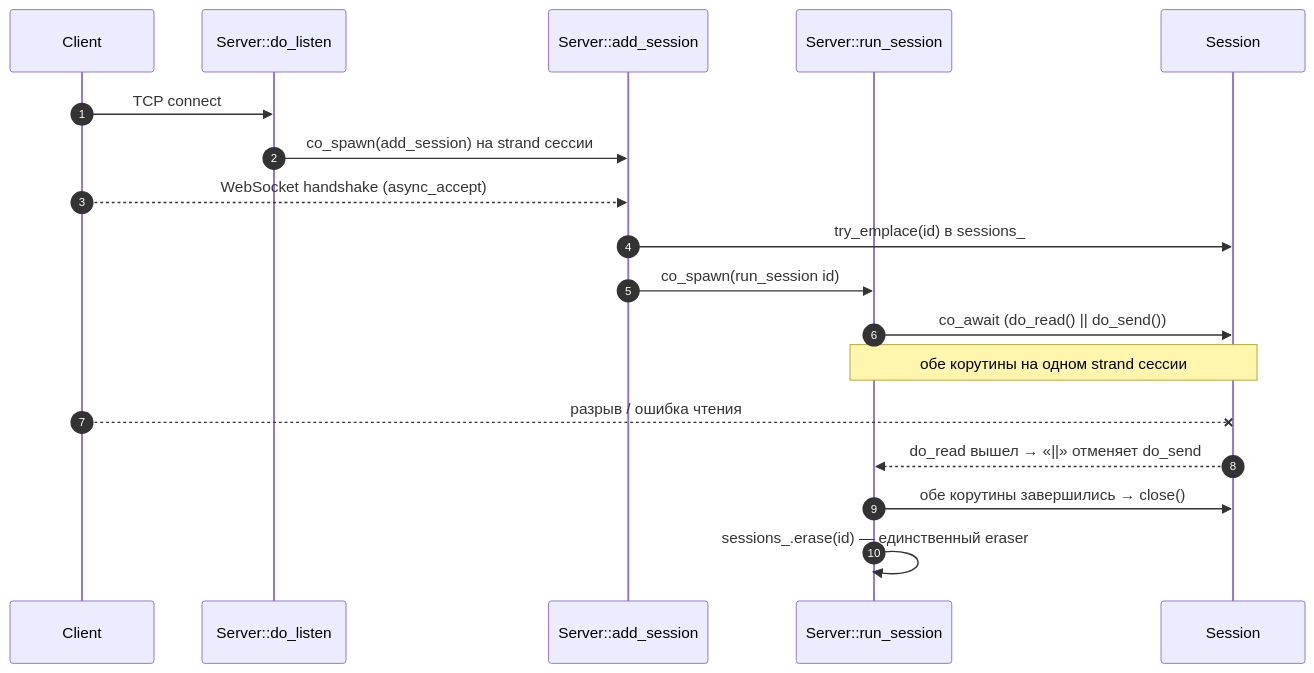
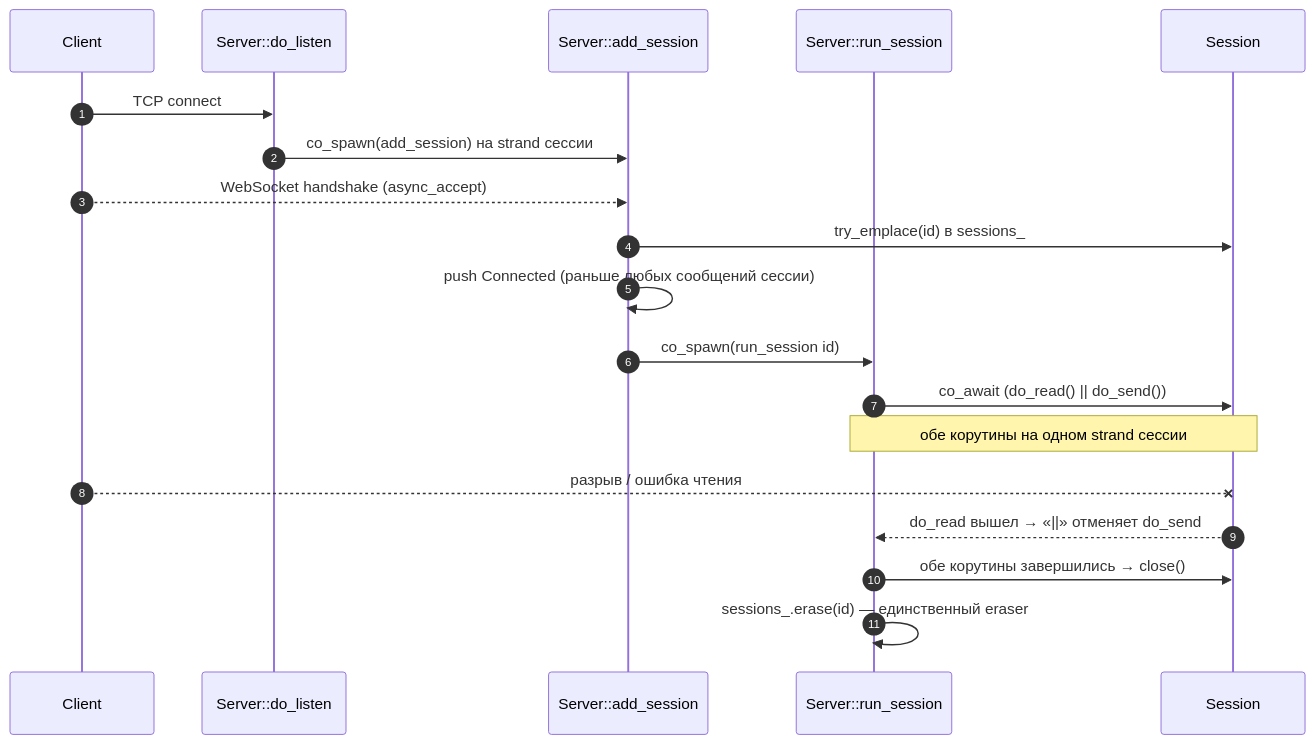
The second of 9 diagrams in server/docs/sequence-diagram.md (litcxx/Game), drawn with Mermaid before and after one commit. The commit also changed other lines of this file and 4 other files, not shown here.

First line of the commit message:
docs: connection limits, Connected and keepalive in READMEs, diagrams, proto (LTC-21)

````diff
--- a/server/docs/sequence-diagram.md
+++ b/server/docs/sequence-diagram.md
@@ -48,22 +48,23 @@
 ```mermaid
 sequenceDiagram
     autonumber
     participant Client
     participant lis as Server::do_listen
     participant add as Server::add_session
     participant sup as Server::run_session
     participant sess as Session
 
     Client->>lis: TCP connect
     lis->>add: co_spawn(add_session) на strand сессии
     Client-->>add: WebSocket handshake (async_accept)
     add->>sess: try_emplace(id) в sessions_
+    add->>add: push Connected (раньше любых сообщений сессии)
     add->>sup: co_spawn(run_session id)
     sup->>sess: co_await (do_read() || do_send())
     Note over sup,sess: обе корутины на одном strand сессии
 
     Client--x sess: разрыв / ошибка чтения
     sess-->>sup: do_read вышел → «||» отменяет do_send
     sup->>sess: обе корутины завершились → close()
     sup->>sup: sessions_.erase(id) — единственный eraser
 ```
````
